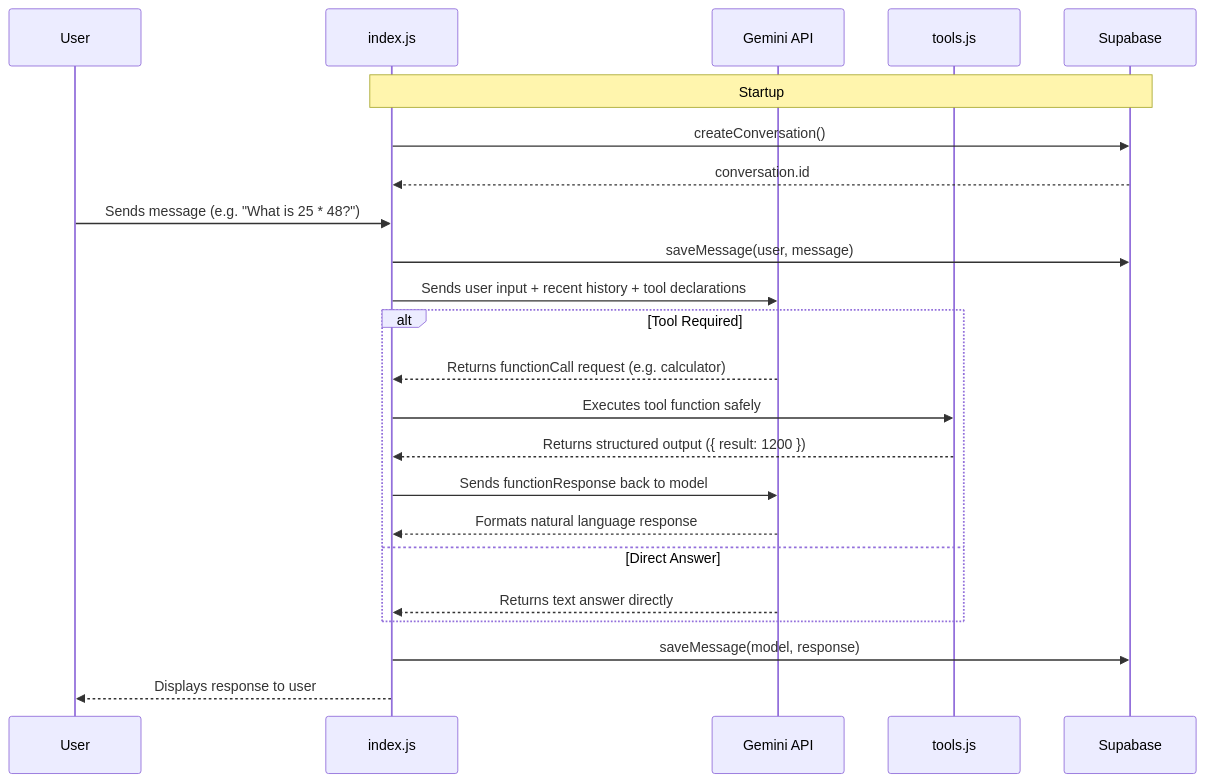
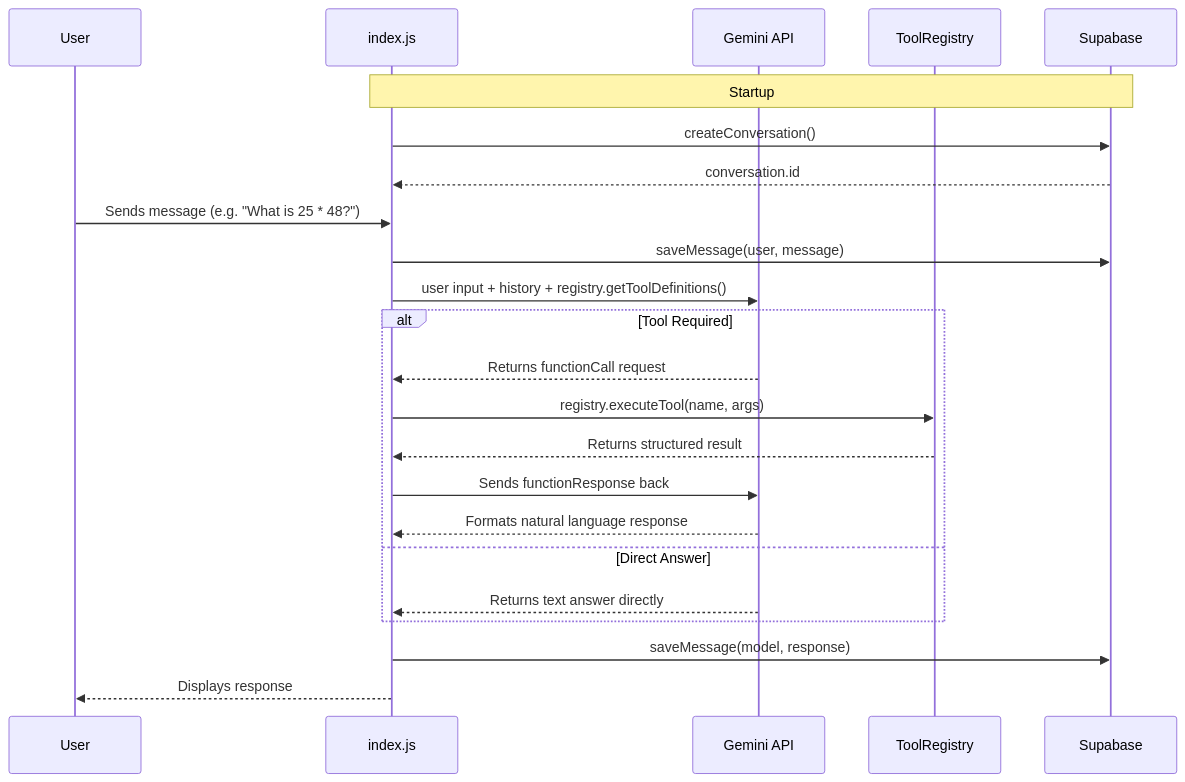
Before and after one commit to nxshahbaz-crypto/AI-agent_mark-1: the second of 2 diagrams in README.md, drawn with Mermaid. The commit also changed other lines of this file and 6 other files, not shown here.

First line of the commit message:
feat: add reusable tool registry

````diff
--- a/README.md
+++ b/README.md
@@ -100,27 +203,27 @@
 ```mermaid
 sequenceDiagram
     participant User
     participant CLI as index.js
     participant Gemini as Gemini API
-    participant Tools as tools.js
+    participant Registry as ToolRegistry
     participant DB as Supabase
 
     Note over CLI,DB: Startup
     CLI->>DB: createConversation()
     DB-->>CLI: conversation.id
 
     User->>CLI: Sends message (e.g. "What is 25 * 48?")
     CLI->>DB: saveMessage(user, message)
-    CLI->>Gemini: Sends user input + recent history + tool declarations
+    CLI->>Gemini: user input + history + registry.getToolDefinitions()
     alt Tool Required
-        Gemini-->>CLI: Returns functionCall request (e.g. calculator)
-        CLI->>Tools: Executes tool function safely
-        Tools-->>CLI: Returns structured output ({ result: 1200 })
-        CLI->>Gemini: Sends functionResponse back to model
+        Gemini-->>CLI: Returns functionCall request
+        CLI->>Registry: registry.executeTool(name, args)
+        Registry-->>CLI: Returns structured result
+        CLI->>Gemini: Sends functionResponse back
         Gemini-->>CLI: Formats natural language response
     else Direct Answer
         Gemini-->>CLI: Returns text answer directly
     end
     CLI->>DB: saveMessage(model, response)
-    CLI-->>User: Displays response to user
+    CLI-->>User: Displays response
 ```
````
